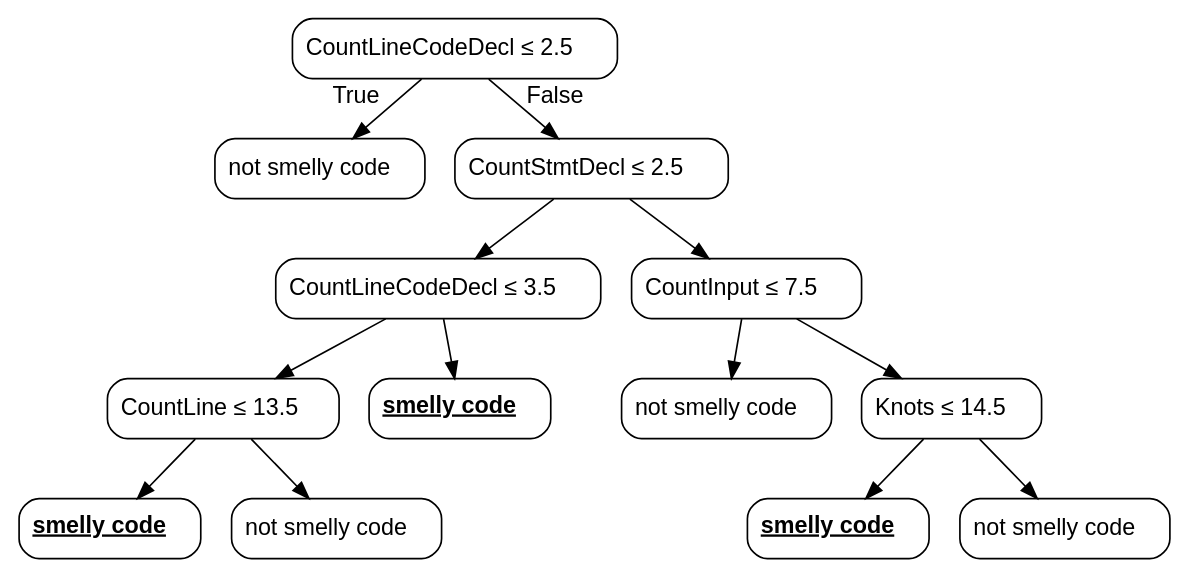
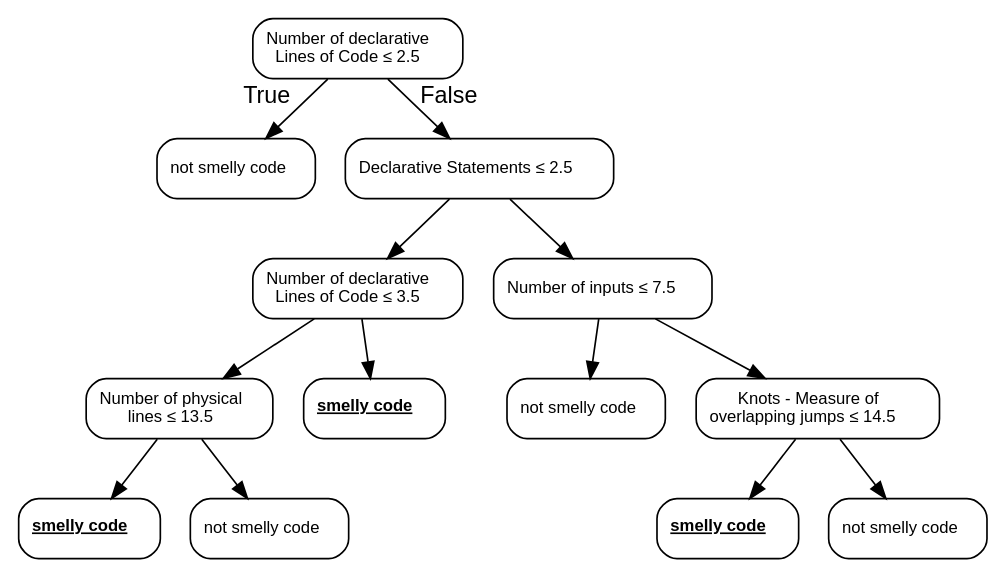
The diagram in artefatos/models/dt/lpl/dot/7.dot (christianorossini/masterProject), drawn with Graphviz before and after one commit. The commit also changed 19 other files, not shown here.

```diff
--- a/artefatos/models/dt/lpl/dot/7.dot
+++ b/artefatos/models/dt/lpl/dot/7.dot
@@ -1,29 +1,29 @@
 digraph Tree {
-node [color="black", fontname=helvetica, shape=box, style="rounded"];
+node [color="black", fontname=helvetica, shape=box, style="rounded", width=0.5, fontsize=10];
 edge [fontname=helvetica];
-0 [label=<CountLineCodeDecl &le; 2.5>];
+0 [label=<Number of declarative<br/> Lines of Code &le; 2.5>];
 1 [label=<not smelly code>];
 0 -> 1  [headlabel="True", labelangle=45, labeldistance="2.5"];
-2 [label=<CountStmtDecl &le; 2.5>];
+2 [label=<Declarative Statements &le; 2.5>];
 0 -> 2  [headlabel="False", labelangle="-45", labeldistance="2.5"];
-3 [label=<CountLineCodeDecl &le; 3.5>];
+3 [label=<Number of declarative<br/> Lines of Code &le; 3.5>];
 2 -> 3;
-7 [label=<CountLine &le; 13.5>];
+7 [label=<Number of physical<br/> lines &le; 13.5>];
 3 -> 7;
 9 [label=<<u><b>smelly code</b></u>>];
 7 -> 9;
 10 [label=<not smelly code>];
 7 -> 10;
 8 [label=<<u><b>smelly code</b></u>>];
 3 -> 8;
-4 [label=<CountInput &le; 7.5>];
+4 [label=<Number of inputs &le; 7.5>];
 2 -> 4;
 5 [label=<not smelly code>];
 4 -> 5;
-6 [label=<Knots &le; 14.5>];
+6 [label=<Knots - Measure of <br/> overlapping jumps &le; 14.5>];
 4 -> 6;
 11 [label=<<u><b>smelly code</b></u>>];
 6 -> 11;
 12 [label=<not smelly code>];
 6 -> 12;
 }
```
